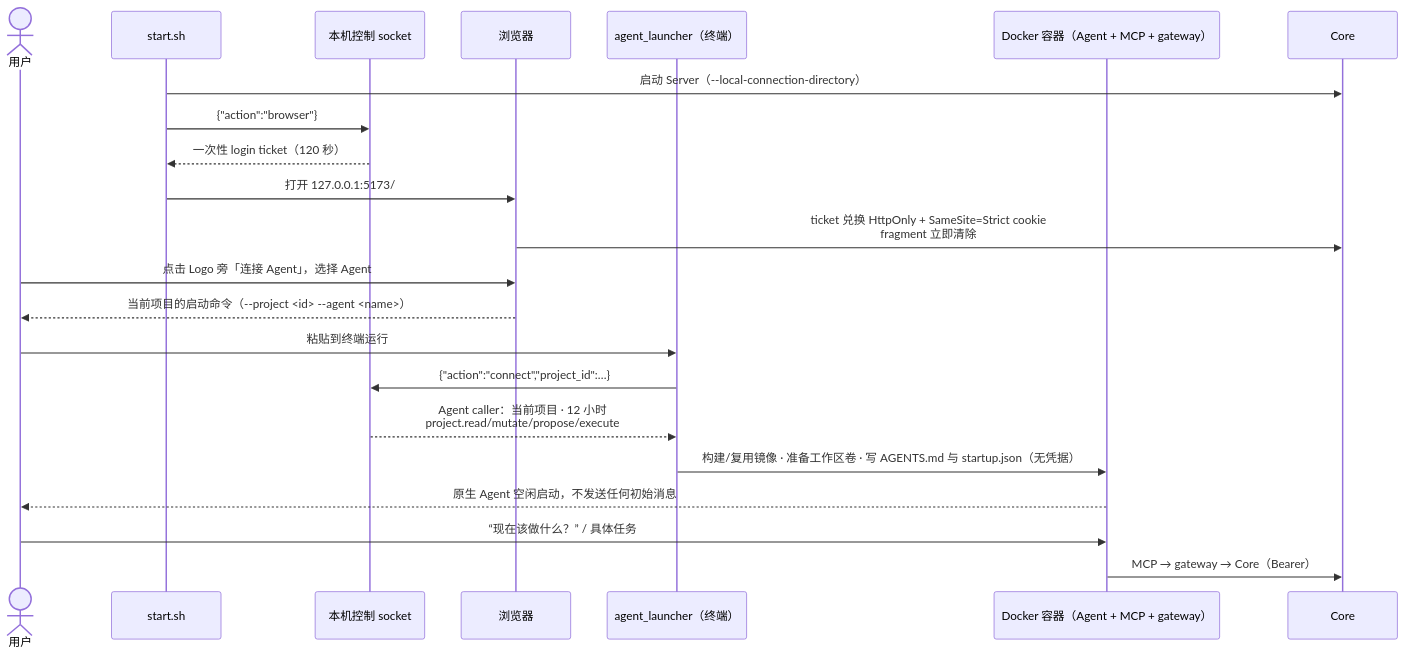
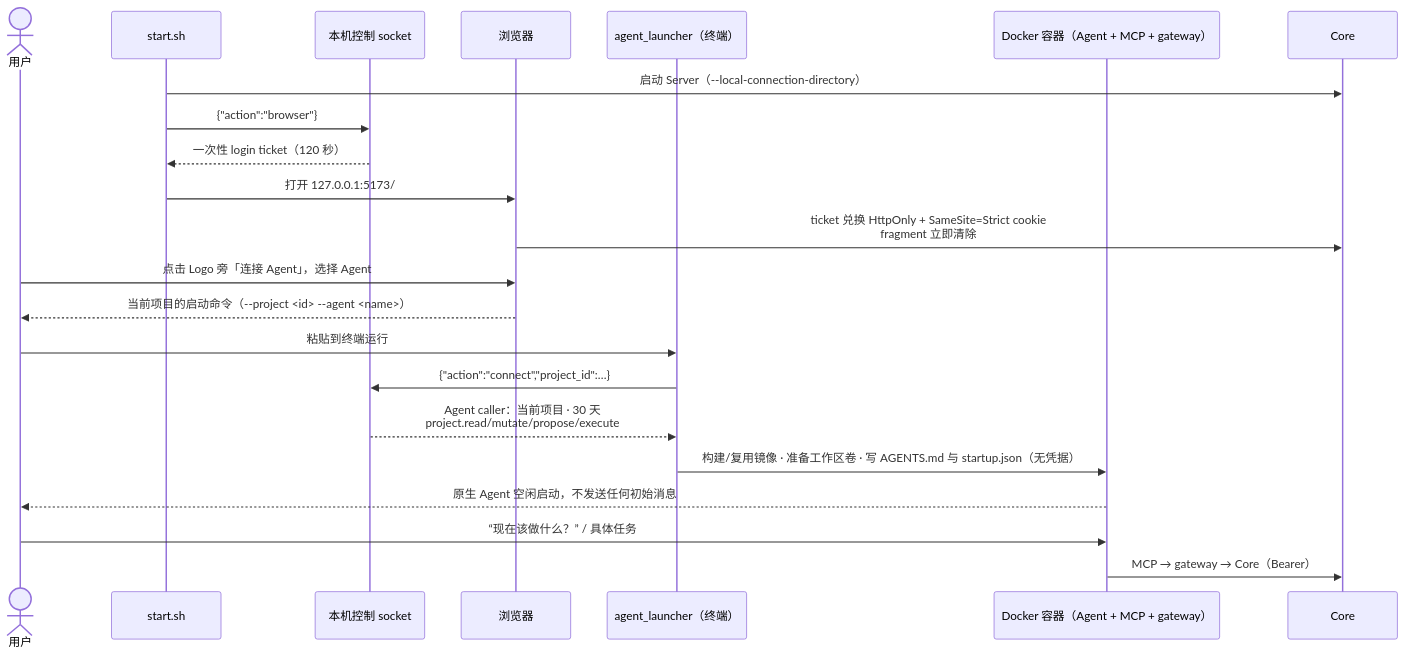
Before and after one commit to LJXLJXLJX/StoryRail: the first of 3 diagrams in docs/external-agents.md, drawn with Mermaid. The commit also changed other lines of this file and 6 other files, not shown here.

````diff
--- a/docs/external-agents.md
+++ b/docs/external-agents.md
@@ -28,24 +28,24 @@
 ```mermaid
 sequenceDiagram
     actor U as 用户
     participant SH as start.sh
     participant CS as 本机控制 socket
     participant B as 浏览器
     participant L as agent_launcher（终端）
     participant D as Docker 容器（Agent + MCP + gateway）
     participant C as Core
     SH->>C: 启动 Server（--local-connection-directory）
     SH->>CS: {"action":"browser"}
     CS-->>SH: 一次性 login ticket（120 秒）
     SH->>B: 打开 127.0.0.1:5173/#ticket
     B->>C: ticket 兑换 HttpOnly + SameSite=Strict cookie<br/>fragment 立即清除
     U->>B: 点击 Logo 旁「连接 Agent」，选择 Agent
     B-->>U: 当前项目的启动命令（--project <id> --agent <name>）
     U->>L: 粘贴到终端运行
     L->>CS: {"action":"connect","project_id":…}
-    CS-->>L: Agent caller：当前项目 · 12 小时<br/>project.read/mutate/propose/execute
+    CS-->>L: Agent caller：当前项目 · 30 天<br/>project.read/mutate/propose/execute
     L->>D: 构建/复用镜像 · 准备工作区卷 · 写 AGENTS.md 与 startup.json（无凭据）
     D-->>U: 原生 Agent 空闲启动，不发送任何初始消息
     U->>D: “现在该做什么？” / 具体任务
     D->>C: MCP → gateway → Core（Bearer）
 ```
````
